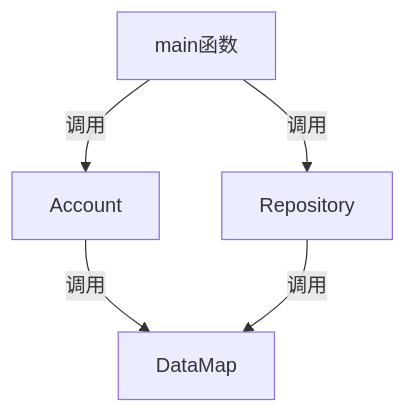
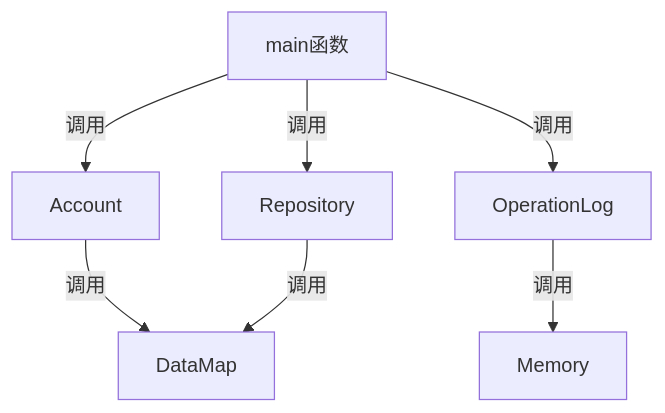
One commit to InfinityHty/Bookstore-2025 changed the diagram in docs/总体设计.md. Above: the diagram before and after it, drawn with Mermaid. The commit also changed other lines of this file and 2 other files, not shown here.

````diff
--- a/docs/总体设计.md
+++ b/docs/总体设计.md
@@ -16,9 +17,12 @@
 ```mermaid
 flowchart TD
     A[main函数]
     B[Account]
     C[Repository]
     D[DataMap]
+    E[Memory]
+    F[OperationLog]
     A -->|调用| B -->|调用| D
     A -->|调用| C -->|调用| D
+    A -->|调用| F -->|调用| E
 ```
````
